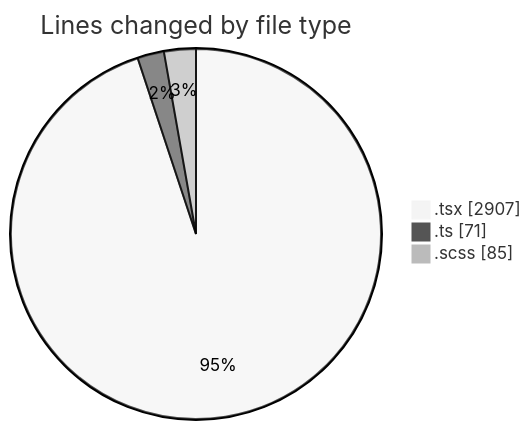
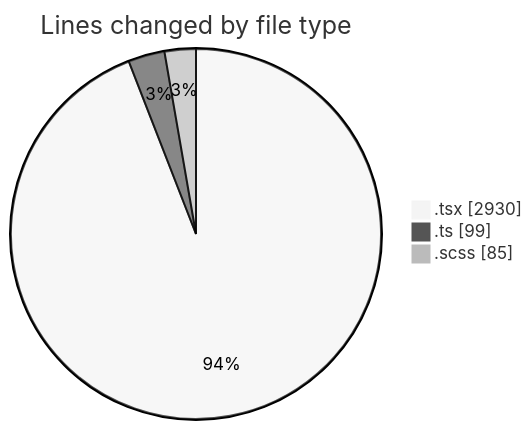
Before and after one commit to momahboobian/code-tracking: the first of 2 diagrams in 2025-02-11/cda/README.md, drawn with Mermaid (neutral theme). The commit also changed other lines of this file and 1 other file, not shown here.

````diff
--- a/2025-02-11/cda/README.md
+++ b/2025-02-11/cda/README.md
@@ -24,7 +24,7 @@
 ```mermaid
 pie showData
 title Lines changed by file type
-".tsx" : 2907
-".ts" : 71
+".tsx" : 2930
+".ts" : 99
 ".scss" : 85
 ```
````
